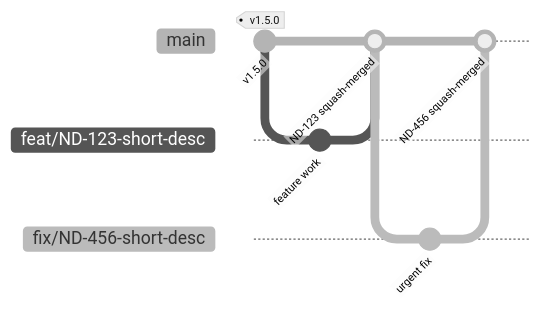
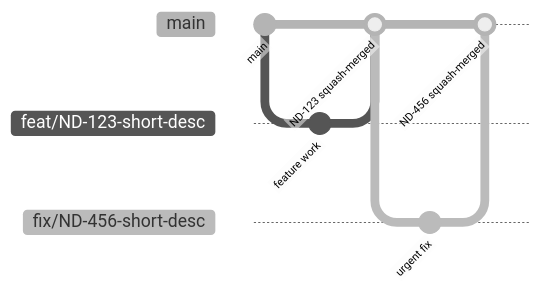
Before and after one commit to DataArt/artisyn-implementation-harness: the diagram in docs/Engineering Guide/07 Branching Strategy.md, drawn with Mermaid (neutral theme). The commit also changed other lines of this file and 1188 other files, not shown here.

````diff
--- a/docs/Engineering Guide/07 Branching Strategy.md
+++ b/docs/Engineering Guide/07 Branching Strategy.md
@@ -16,12 +26,12 @@
 ```mermaid
 gitGraph
-    commit id: "v1.5.0" tag: "v1.5.0"
+    commit id: "main"
     branch feat/ND-123-short-desc
     commit id: "feature work"
     checkout main
     merge feat/ND-123-short-desc id: "ND-123 squash-merged"
     branch fix/ND-456-short-desc
     commit id: "urgent fix"
     checkout main
     merge fix/ND-456-short-desc id: "ND-456 squash-merged"
 ```
````
